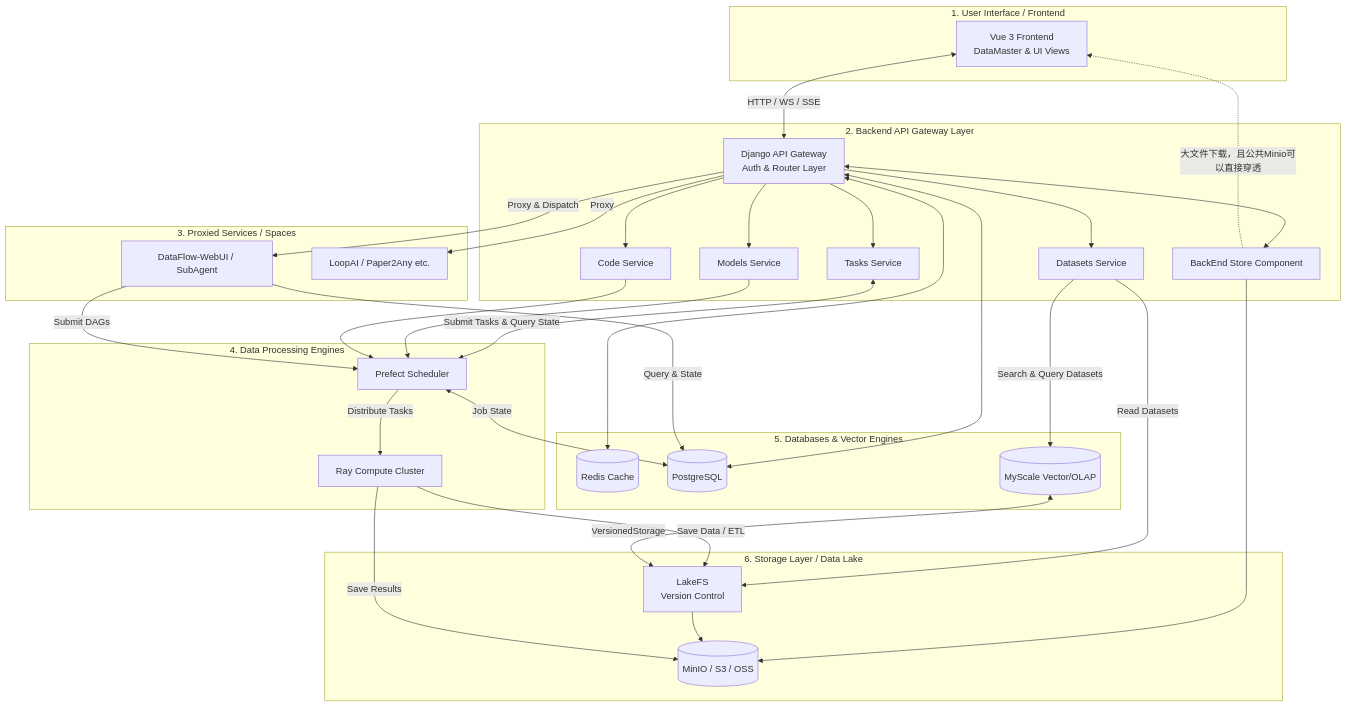
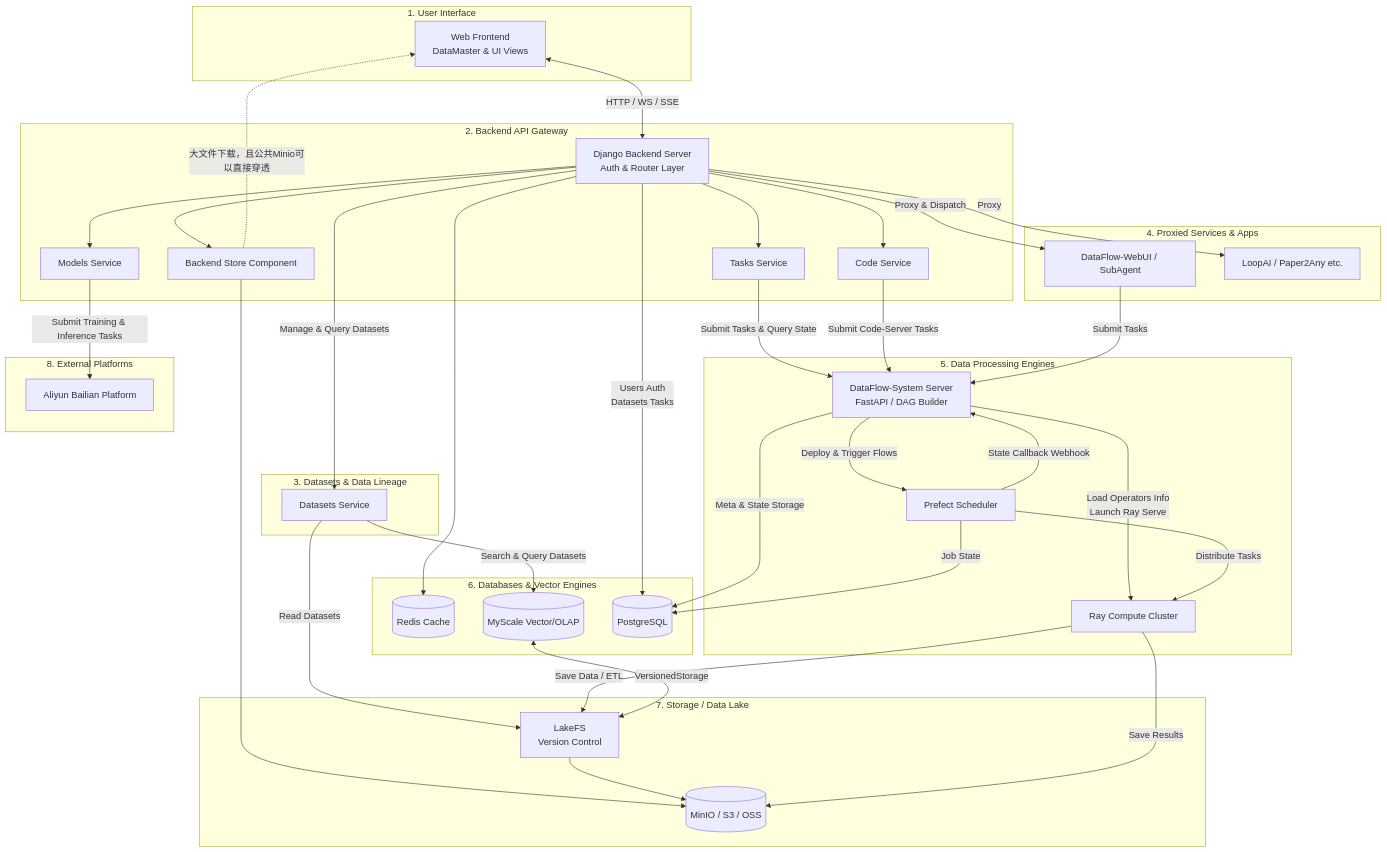
The diagram in docs/overall_system_architecture.md (OriginHubAI/dcai-demo-platform), drawn with Mermaid before and after one commit. The commit also changed other lines of this file and 14 other files, not shown here.

````diff
--- a/docs/overall_system_architecture.md
+++ b/docs/overall_system_architecture.md
@@ -61,37 +61,45 @@
 ```mermaid
 graph TD
-    subgraph FrontendLayer [1. User Interface / Frontend]
-        Frontend[Vue 3 Frontend<br>DataMaster & UI Views]
+    subgraph FrontendLayer [1. User Interface]
+        Frontend[Web Frontend<br>DataMaster & UI Views]
     end
 
-    subgraph GatewayLayer [2. Backend API Gateway Layer]
-        BackEnd[Django API Gateway<br>Auth & Router Layer]
-        BackendDatasets[Datasets Service]
+    subgraph GatewayLayer [2. Backend API Gateway]
+        BackEnd[Django Backend Server<br>Auth & Router Layer]
         BackendTasks[Tasks Service]
         BackendModels[Models Service]
         BackendCode[Code Service]
-        BackEndStore[BackEnd Store Component]
+        BackEndStore[Backend Store Component]
     end
 
-    subgraph AppsLayer [3. Proxied Services / Spaces]
+    subgraph DatasetsLayer [3. Datasets & Data Lineage]
+        DatasetsServer[Datasets Service]
+    end
+
+    subgraph AppsLayer [4. Proxied Services & Apps]
         DataFlowWeb[DataFlow-WebUI / SubAgent]
         OtherApps[LoopAI / Paper2Any etc.]
     end
 
-    subgraph DataProcessLayer [4. Data Processing Engines]
+    subgraph DataProcessLayer [5. Data Processing Engines]
+        DataFlowServer[DataFlow-System Server<br>FastAPI / DAG Builder]
         Prefect[Prefect Scheduler]
         Ray[Ray Compute Cluster]
     end
 
-    subgraph DatabaseLayer [5. Databases & Vector Engines]
+    subgraph DatabaseLayer [6. Databases & Vector Engines]
         Redis[(Redis Cache)]
+        MyScale[(MyScale Vector/OLAP)]
         PostgreSQL[(PostgreSQL)]
-        MyScale[(MyScale Vector/OLAP)]
     end
 
-    subgraph StorageLayer [6. Storage Layer / Data Lake]
+    subgraph StorageLayer [7. Storage / Data Lake]
         LakeFS[LakeFS<br>Version Control]
         MinIO[(MinIO / S3 / OSS)]
+    end
+
+    subgraph ExternalPlatformsLayer [8. External Platforms]
+        BailianPlatform[Aliyun Bailian Platform]
     end
 
     %% Relationships
@@ -101,27 +109,30 @@
     BackEnd -->|Proxy & Dispatch| DataFlowWeb
     BackEnd -->|Proxy| OtherApps
     
-    BackEnd <--> Redis
-    BackEnd <--> PostgreSQL
-    BackEnd <--> BackEndStore
+    BackEnd --> Redis
+    BackEnd --> |Users Auth <br> Datasets Tasks| PostgreSQL
+    BackEnd --> BackEndStore
     
-    BackEnd --> BackendDatasets
+    BackEnd --> |Manage & Query Datasets|DatasetsServer
     BackEnd --> BackendTasks
     BackEnd --> BackendModels
     BackEnd --> BackendCode
     
-    BackendDatasets -->|Search & Query Datasets| MyScale
-    BackendDatasets -->|Read Datasets          | LakeFS
+    DatasetsServer -->|Search & Query Datasets| MyScale
+    DatasetsServer -->|Read Datasets          | LakeFS
     
-    BackendTasks <-->|Submit Tasks & Query State| Prefect
-    BackendModels --> Prefect
-    BackendCode --> Prefect
+    BackendTasks -->|Submit Tasks & Query State| DataFlowServer
+    BackendModels -->|Submit Training & Inference Tasks| BailianPlatform
+    BackendCode --> |Submit Code-Server Tasks| DataFlowServer
     
     BackEndStore --> MinIO
     
-    DataFlowWeb -->|Query & State| PostgreSQL
-    DataFlowWeb -->|Submit DAGs| Prefect
-    Prefect <-->|Job State| PostgreSQL
+    DataFlowWeb -->|Submit Tasks| DataFlowServer
+    DataFlowServer -->|Meta & State Storage| PostgreSQL
+    DataFlowServer -->|Deploy & Trigger Flows| Prefect
+    DataFlowServer -->|Load Operators Info <br> Launch Ray Serve| Ray
+    Prefect -->|State Callback Webhook| DataFlowServer
+    Prefect -->|Job State| PostgreSQL
     Prefect -->|Distribute Tasks| Ray
     
     Ray -->|Save Data / ETL| LakeFS
````
